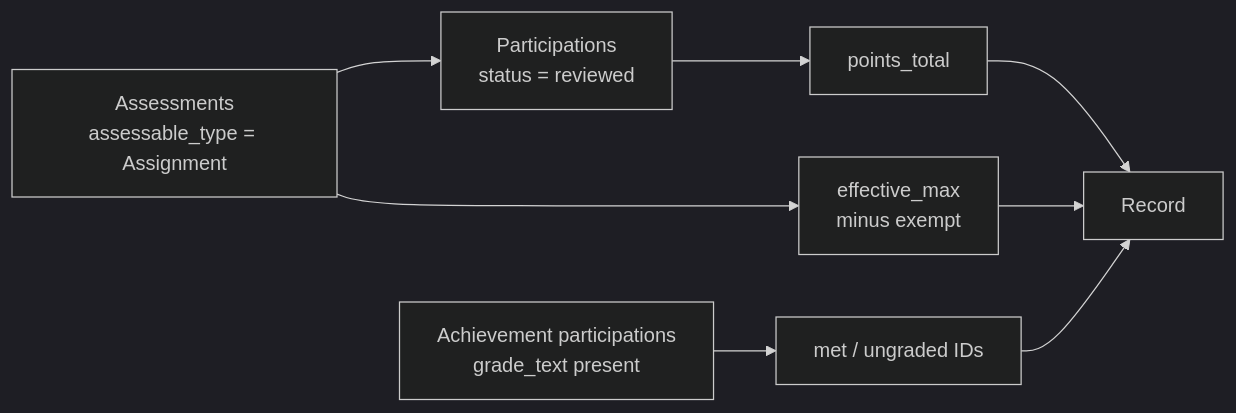
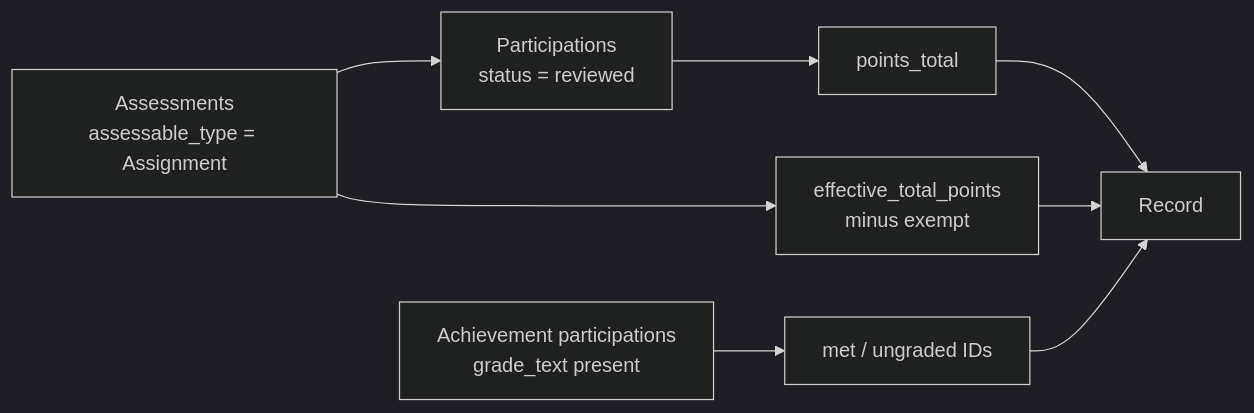
The second of 2 diagrams in architecture/src/slices/02-performance.md (MaMpf-HD/mampf), drawn with Mermaid (dark theme) before and after one commit. The commit also changed 5 other files, not shown here.

````diff
--- a/architecture/src/slices/02-performance.md
+++ b/architecture/src/slices/02-performance.md
@@ -79,10 +79,10 @@
 ```mermaid
 flowchart LR
     A["Assessments<br/>assessable_type = Assignment"] --> B["Participations<br/>status = reviewed"]
     B --> C["points_total"]
-    A --> D["effective_max<br/>minus exempt"]
+    A --> D["effective_total_points<br/>minus exempt"]
     C --> E["Record"]
     D --> E
     F["Achievement participations<br/>grade_text present"] --> G["met / ungraded IDs"]
     G --> E
 ```
````
